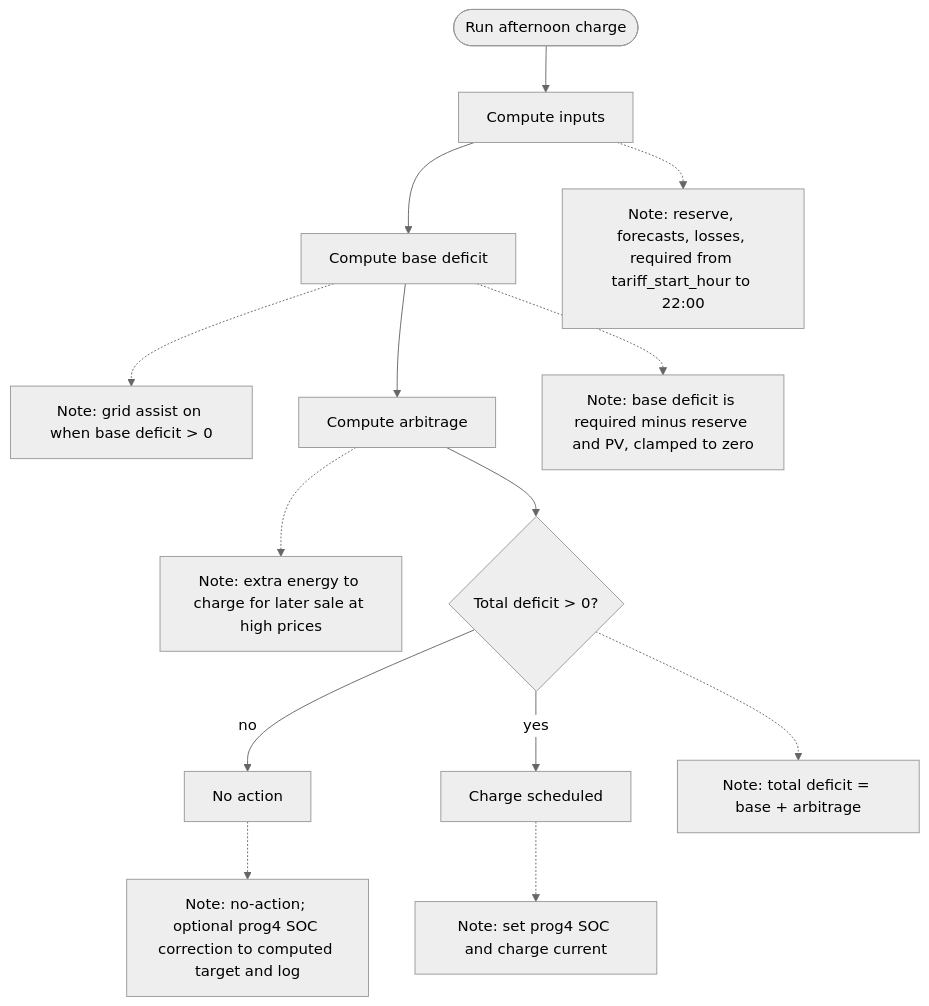
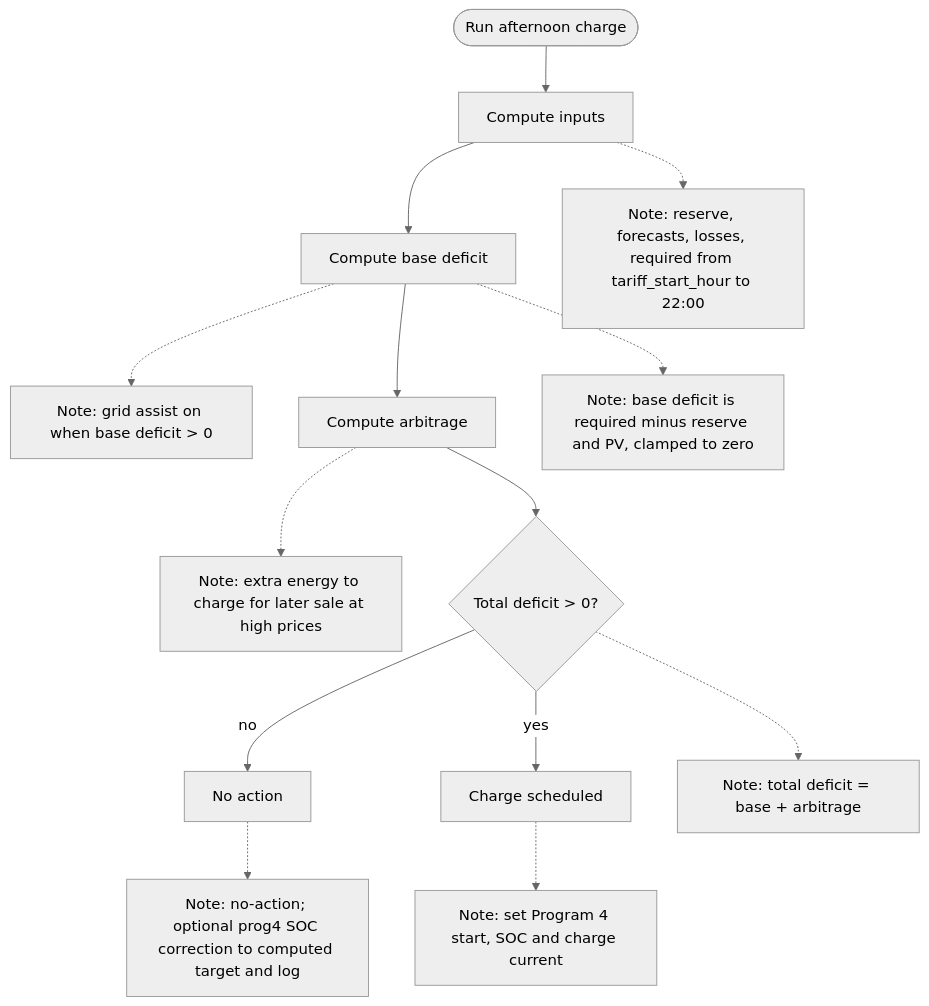
The diagram in docs/Afternoon_Charge_Action.md (plebann/EnergyOptimizer), drawn with Mermaid (neutral theme) before and after one commit. The commit also changed other lines of this file and 11 other files, not shown here.

First line of the commit message:
fix(afternoon-charge): start Program 4 immediately (#66)

````diff
--- a/docs/Afternoon_Charge_Action.md
+++ b/docs/Afternoon_Charge_Action.md
@@ -77,16 +77,16 @@
 ```mermaid
 flowchart TD
    AC_start([Run afternoon charge]) --> AC_inputs[Compute inputs]
     AC_inputs --> AC_base[Compute base deficit]
    AC_base -.-> AC_grid_assist_note[Note: grid assist on when base deficit > 0]
    AC_base --> AC_arb[Compute arbitrage]
    AC_arb -.-> AC_arb_note[Note: extra energy to charge for later sale at high prices]
    AC_arb --> AC_total{Total deficit > 0?}
    AC_total -->|no| AC_reset[No action]
    AC_total -->|yes| AC_charge[Charge scheduled]
       AC_inputs -.-> AC_inputs_note[Note: reserve, forecasts, losses, required from tariff_start_hour to 22:00]
        AC_base -.-> AC_base_note[Note: base deficit is required minus reserve and PV, clamped to zero]
       AC_total -.-> AC_total_note[Note: total deficit = base + arbitrage]
    AC_reset -.-> AC_reset_note[Note: no-action; optional prog4 SOC correction to computed target and log]
-    AC_charge -.-> AC_charge_note[Note: set prog4 SOC and charge current]
+   AC_charge -.-> AC_charge_note[Note: set Program 4 start, SOC and charge current]
 ```
````
